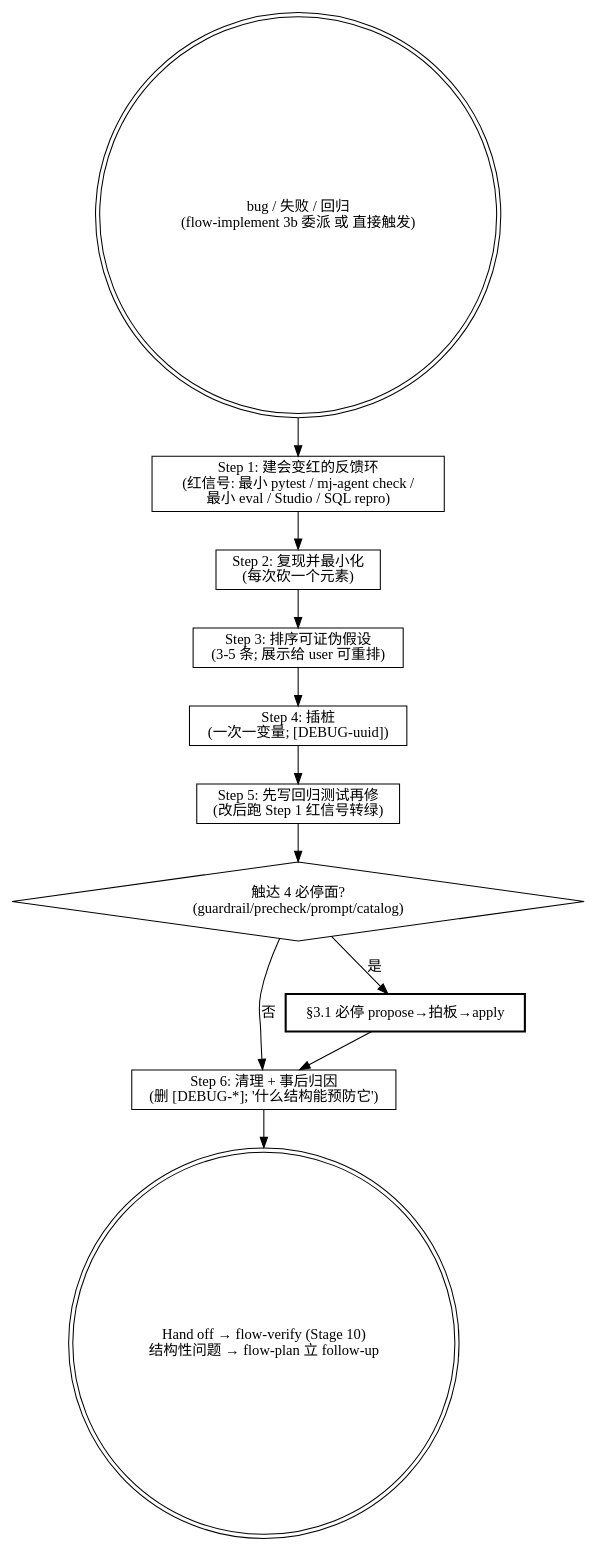
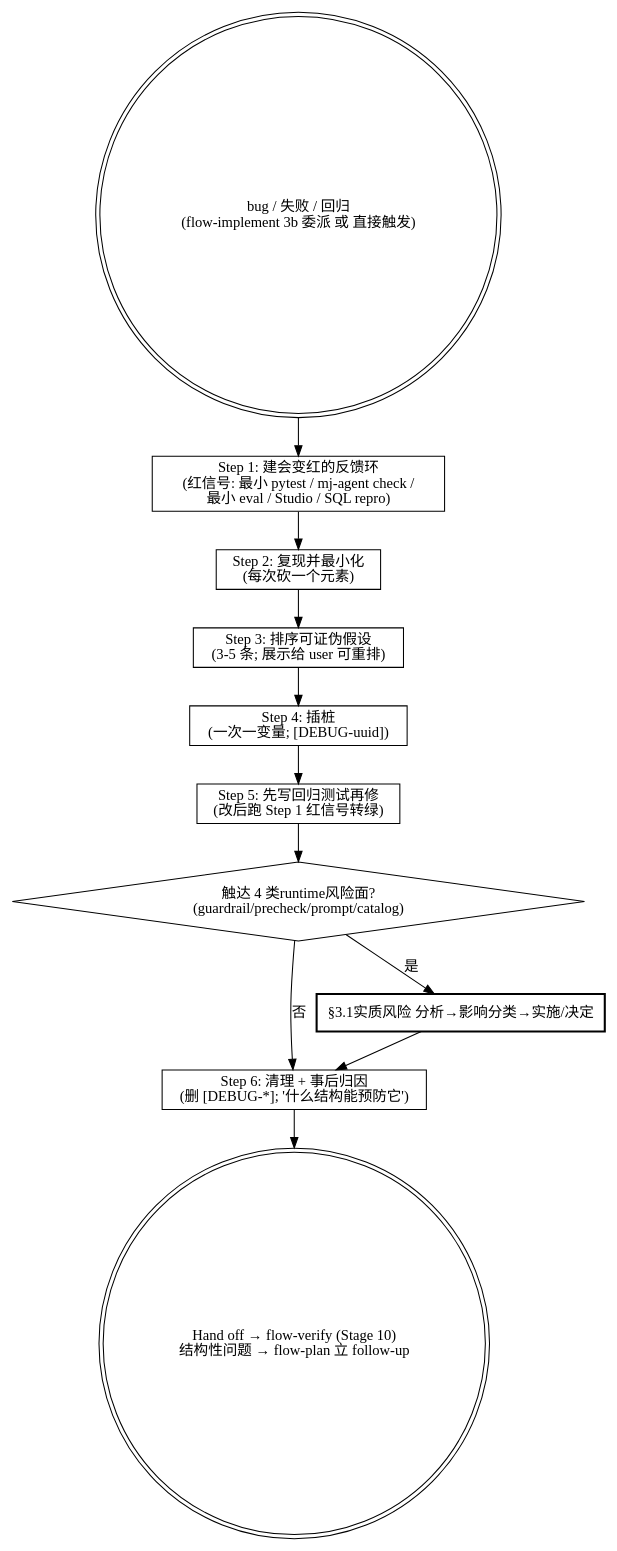
The diagram in .agents/skills/mj-agent-flow-diagnose/SKILL.md (MJ-AgentLab/mj-agent), drawn with Graphviz before and after one commit. The commit also changed other lines of this file and 134 other files, not shown here.

````diff
--- a/.agents/skills/mj-agent-flow-diagnose/SKILL.md
+++ b/.agents/skills/mj-agent-flow-diagnose/SKILL.md
@@ -29,22 +30,22 @@
 ```dot
 digraph diagnose {
   rankdir=TB;
   start [label="bug / 失败 / 回归\n(flow-implement 3b 委派 或 直接触发)" shape=doublecircle];
   s1 [label="Step 1: 建会变红的反馈环\n(红信号: 最小 pytest / mj-agent check /\n最小 eval / Studio / SQL repro)" shape=box];
   s2 [label="Step 2: 复现并最小化\n(每次砍一个元素)" shape=box];
   s3 [label="Step 3: 排序可证伪假设\n(3-5 条; 展示给 user 可重排)" shape=box];
   s4 [label="Step 4: 插桩\n(一次一变量; [DEBUG-uuid])" shape=box];
   s5 [label="Step 5: 先写回归测试再修\n(改后跑 Step 1 红信号转绿)" shape=box];
   s6 [label="Step 6: 清理 + 事后归因\n(删 [DEBUG-*]; '什么结构能预防它')" shape=box];
-  touch [label="触达 4 必停面?\n(guardrail/precheck/prompt/catalog)" shape=diamond];
-  hitl [label="§3.1 必停 propose→拍板→apply" shape=box style=bold];
+  touch [label="触达 4 类runtime风险面?\n(guardrail/precheck/prompt/catalog)" shape=diamond];
+  hitl [label="§3.1实质风险 分析→影响分类→实施/决定" shape=box style=bold];
   done [label="Hand off → flow-verify (Stage 10)\n结构性问题 → flow-plan 立 follow-up" shape=doublecircle];
 
   start -> s1 -> s2 -> s3 -> s4 -> s5;
   s5 -> touch;
   touch -> hitl [label="是"];
   touch -> s6 [label="否"];
   hitl -> s6;
   s6 -> done;
 }
 ```
````
